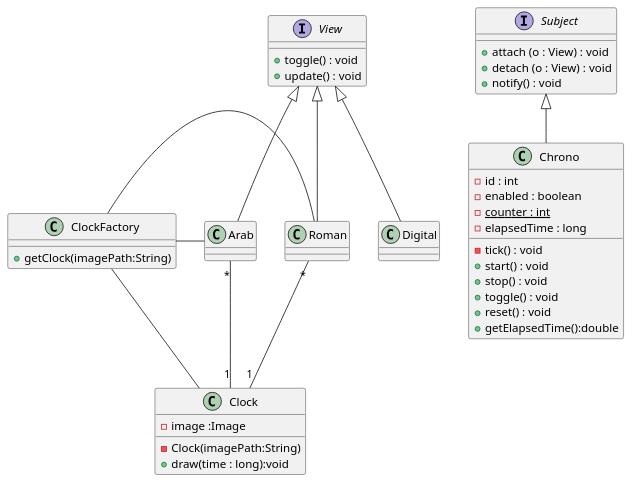
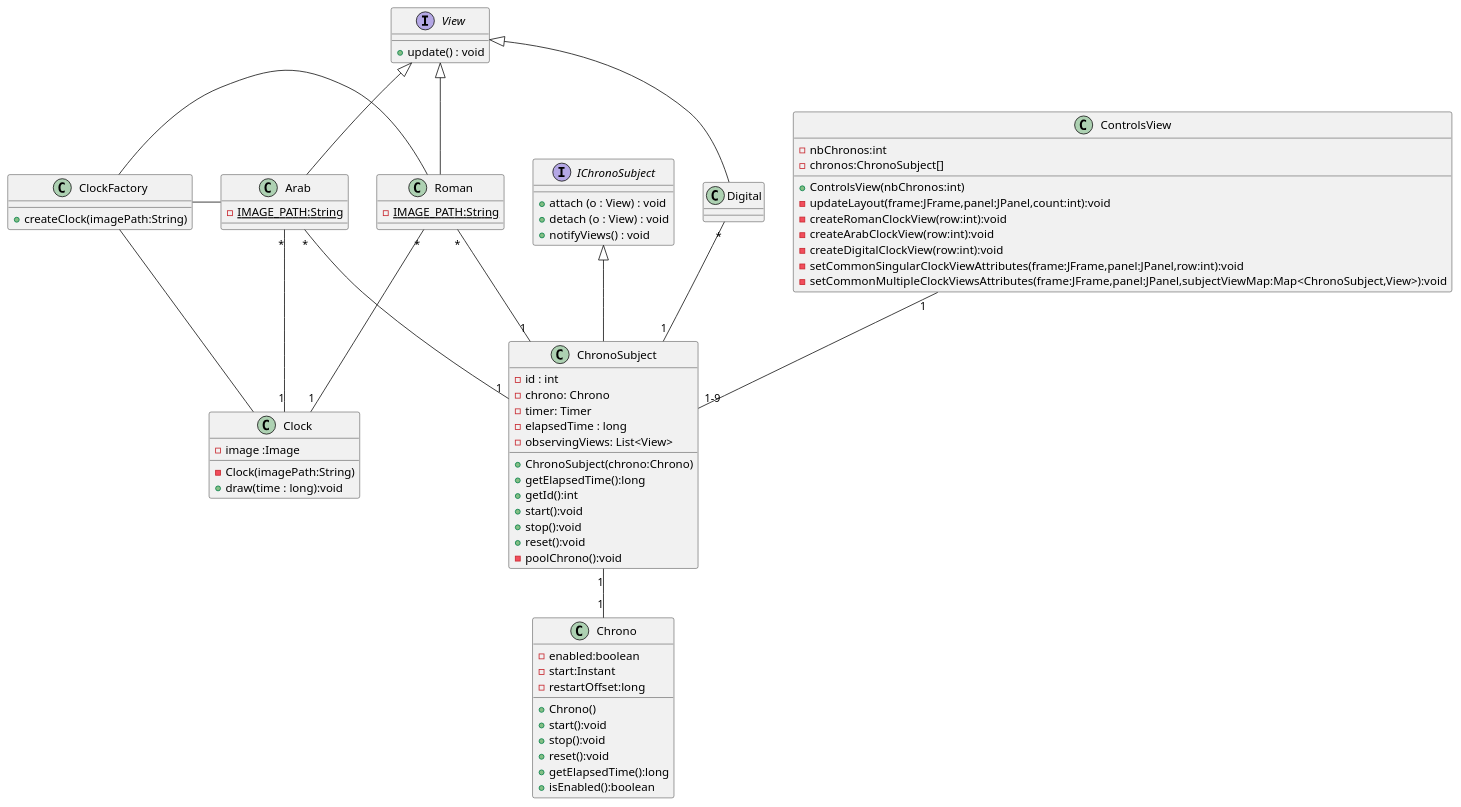
One commit to MauroWasTaken/MCR-Lab2 changed the diagram in diagram.puml. Above: the diagram before and after it, drawn with PlantUML.

```diff
--- a/diagram.puml
+++ b/diagram.puml
@@ -1,44 +1,74 @@
 @startuml
-interface Subject{
+interface IChronoSubject{
 + attach (o : View) : void
 + detach (o : View) : void
-+ notify() : void
++ notifyViews() : void
 }
-class Chrono extends Subject{
+class ChronoSubject extends IChronoSubject{
 - id : int
-- enabled : boolean
-- {static} counter : int
+- chrono: Chrono
+- timer: Timer
 - elapsedTime : long
-- tick() : void
-+ start() : void
-+ stop() : void
-+ toggle() : void
-+ reset() : void
-+ getElapsedTime():double
+- observingViews: List<View>
++ ChronoSubject(chrono:Chrono)
++ getElapsedTime():long
++ getId():int
++ start():void
++ stop():void
++ reset():void
+- poolChrono():void
 }
 interface View {
-+ toggle() : void
 + update() : void
 }
 class Roman extends View{
+-{static}IMAGE_PATH:String
 }
 class Arab extends View{
+-{static} IMAGE_PATH:String
 }
 class Digital extends View{
 }
 class Clock {
 - image :Image
 - Clock(imagePath:String)
 + draw(time : long):void
 }
 class ClockFactory {
-+ getClock(imagePath:String)
++ createClock(imagePath:String)
+}
+class Chrono {
+- enabled:boolean
+- start:Instant
+- restartOffset:long
++ Chrono()
++ start():void
++ stop():void
++ reset():void
++ getElapsedTime():long
++ isEnabled():boolean
+}
+class ControlsView {
+- nbChronos:int
+- chronos:ChronoSubject[]
++ ControlsView(nbChronos:int)
+- updateLayout(frame:JFrame,panel:JPanel,count:int):void
+- createRomanClockView(row:int):void
+- createArabClockView(row:int):void
+- createDigitalClockView(row:int):void
+- setCommonSingularClockViewAttributes(frame:JFrame,panel:JPanel,row:int):void
+- setCommonMultipleClockViewsAttributes(frame:JFrame,panel:JPanel,subjectViewMap:Map<ChronoSubject,View>):void
 }
 
 Roman"*" -- "1"Clock
+Roman"*" -- "1"ChronoSubject
 Arab"*" -- "1"Clock
+Arab"*" -- "1"ChronoSubject
+Digital"*" -- "1"ChronoSubject
+ChronoSubject"1" -- "1"Chrono
+ControlsView"1" -- "1-9"ChronoSubject
 ClockFactory -- Clock
 ClockFactory -right- Roman
 ClockFactory -right- Arab
 
 @enduml
```
